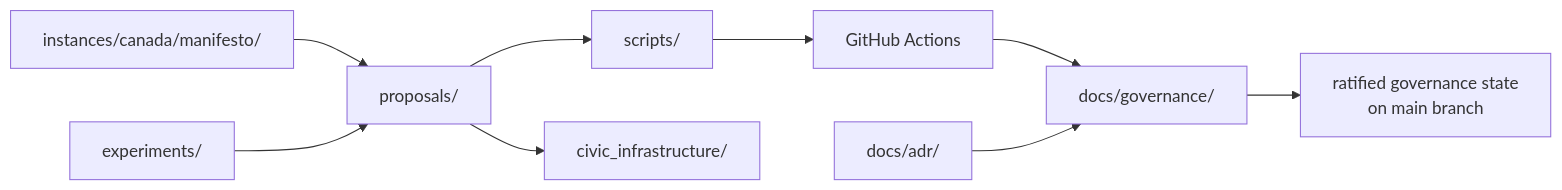
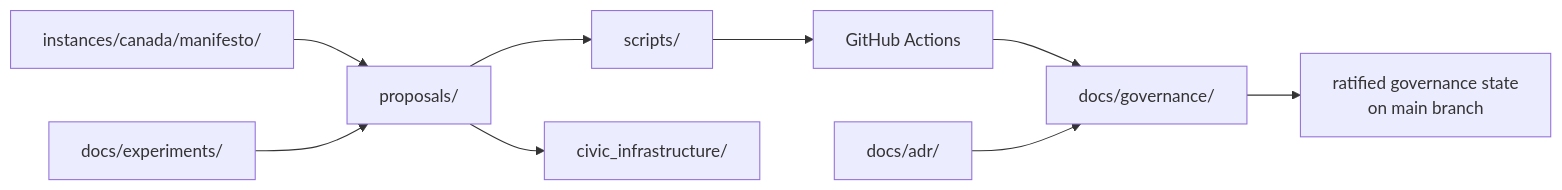
Before and after one commit to pancakesaregood/potato: the fifth of 5 diagrams in ARCHITECTURE.md, drawn with Mermaid. The commit also changed other lines of this file and 10 other files, not shown here.

````diff
--- a/ARCHITECTURE.md
+++ b/ARCHITECTURE.md
@@ -225,11 +225,11 @@
 ```mermaid
 flowchart LR
     A[instances/canada/manifesto/] --> B[proposals/]
     B --> C[scripts/]
     C --> D[GitHub Actions]
     D --> E[docs/governance/]
     E --> F[ratified governance state\non main branch]
     B --> G[civic_infrastructure/]
-    H[experiments/] --> B
+    H[docs/experiments/] --> B
     I[docs/adr/] --> E
 ```
````
